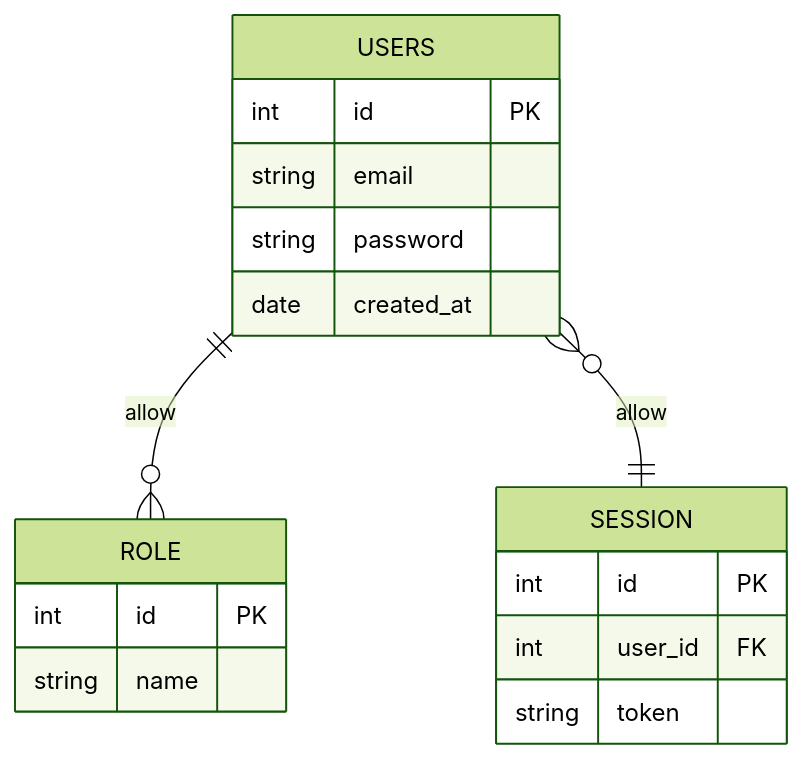
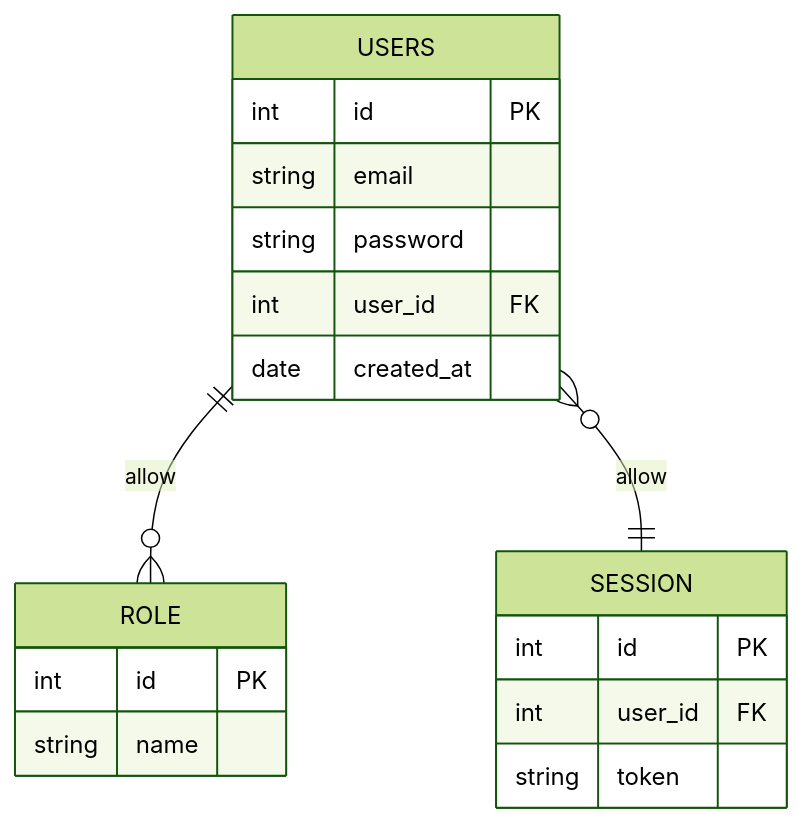
Before and after one commit to mfchrzlmzakky/koda-b1-db4: the diagram in README.MD, drawn with Mermaid (forest theme).

Commit message:
fix: add roles id as foreign key in users table

````diff
--- a/README.MD
+++ b/README.MD
@@ -1,25 +1,26 @@
 ```mermaid
 
 erDiagram
 
 USERS ||--o{ ROLE : allow
 USERS }o--|| SESSION : allow
 USERS{
   int id PK
   string email
   string password
+  int user_id FK
   date created_at
 }
 
 ROLE{
   int id PK
   string name
 }
 
 SESSION{
   int id PK
   int user_id FK
   string token
 }
 
 ```
````
